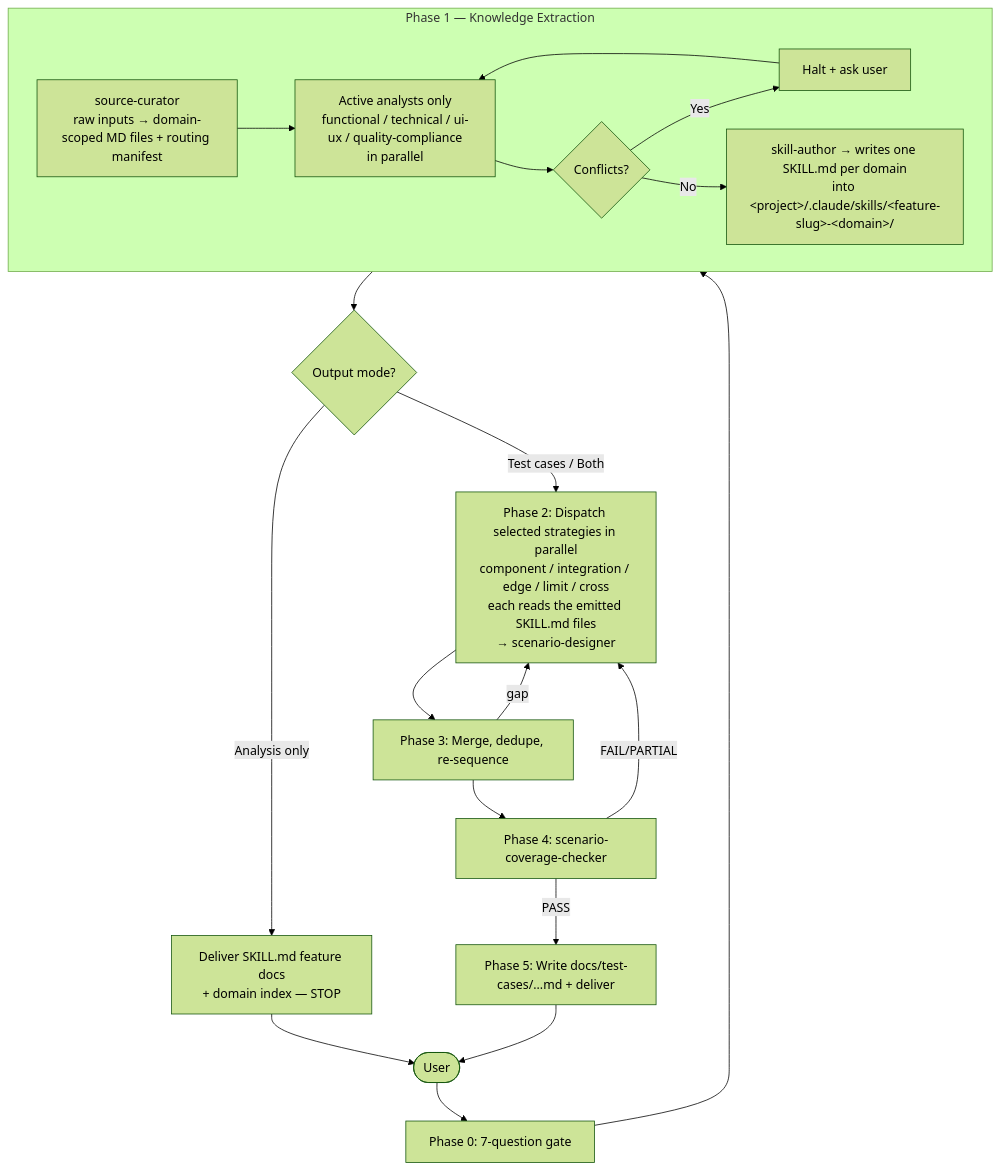
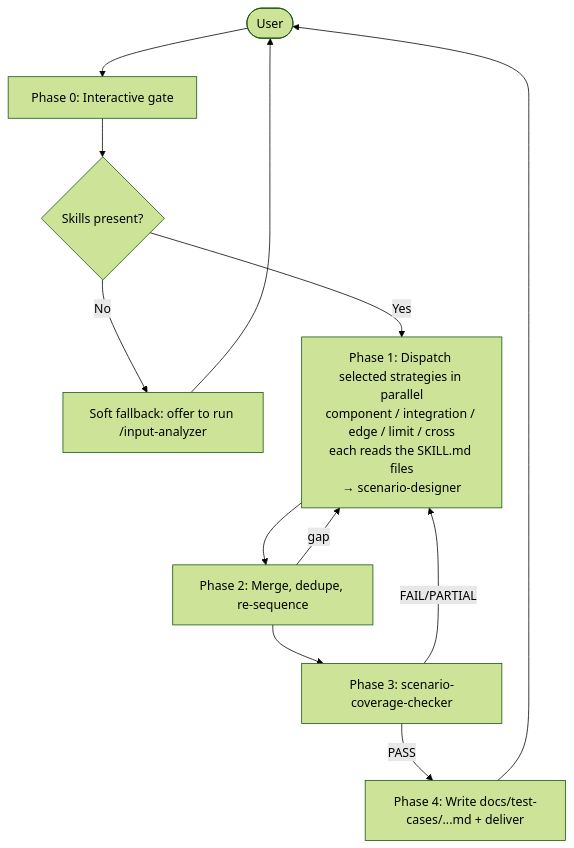
One commit to teforthewin/claude-plug-in-sandbox changed the diagram in plugins/test-case-generator/agents/test-case-generator.md. Above: the diagram before and after it, drawn with Mermaid (forest theme). The commit also changed other lines of this file and 20 other files, not shown here.

First line of the commit message:
feat: split test-case-generator into input-analyzer + test-case-generator (v2.0.0)

````diff
--- a/plugins/test-case-generator/agents/test-case-generator.md
+++ b/plugins/test-case-generator/agents/test-case-generator.md
@@ -54,21 +49,13 @@
 ```mermaid
 flowchart TD
-    U([User]) --> P0[Phase 0: 7-question gate]
-    P0 --> P1
-
-    subgraph P1["Phase 1 — Knowledge Extraction"]
-        SC[source-curator<br/>raw inputs → domain-scoped MD files + routing manifest] --> A[Active analysts only<br/>functional / technical / ui-ux / quality-compliance<br/>in parallel]
-        A --> CF{Conflicts?}
-        CF -->|Yes| HALT[Halt + ask user] --> A
-        CF -->|No| SA[skill-author → writes one SKILL.md per domain<br/>into &lt;project&gt;/.claude/skills/&lt;feature-slug&gt;-&lt;domain&gt;/]
-    end
-
-    P1 --> MODE{Output mode?}
-    MODE -->|Analysis only| DELIVER1[Deliver SKILL.md feature docs<br/>+ domain index — STOP] --> U
-    MODE -->|Test cases / Both| P2[Phase 2: Dispatch selected strategies in parallel<br/>component / integration / edge / limit / cross<br/>each reads the emitted SKILL.md files<br/>→ scenario-designer]
-    P2 --> P3[Phase 3: Merge, dedupe, re-sequence]
+    U([User]) --> P0[Phase 0: Interactive gate]
+    P0 --> SKILLS{Skills present?}
+    SKILLS -->|No| FB[Soft fallback: offer to run /input-analyzer]
+    FB --> U
+    SKILLS -->|Yes| P2[Phase 1: Dispatch selected strategies in parallel<br/>component / integration / edge / limit / cross<br/>each reads the SKILL.md files<br/>→ scenario-designer]
+    P2 --> P3[Phase 2: Merge, dedupe, re-sequence]
     P3 -->|gap| P2
-    P3 --> P4[Phase 4: scenario-coverage-checker]
+    P3 --> P4[Phase 3: scenario-coverage-checker]
     P4 -->|FAIL/PARTIAL| P2
-    P4 -->|PASS| P5[Phase 5: Write docs/test-cases/...md + deliver] --> U
+    P4 -->|PASS| P5[Phase 4: Write docs/test-cases/...md + deliver] --> U
 ```
````
